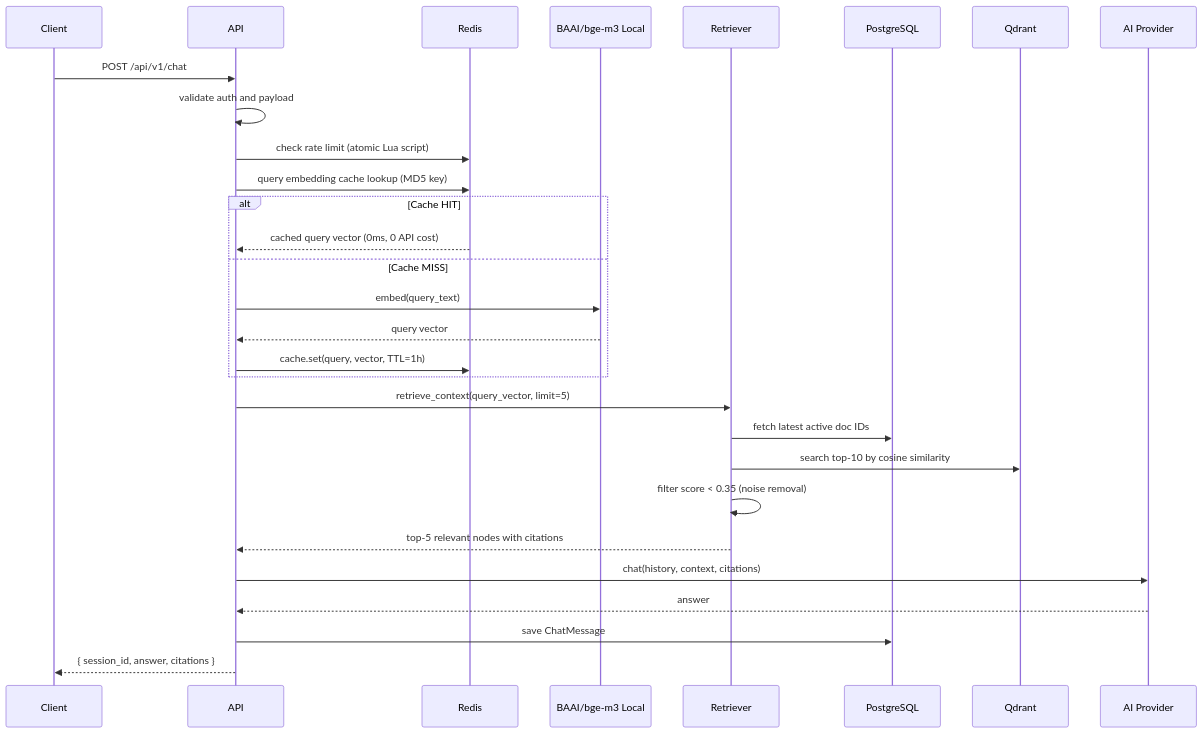
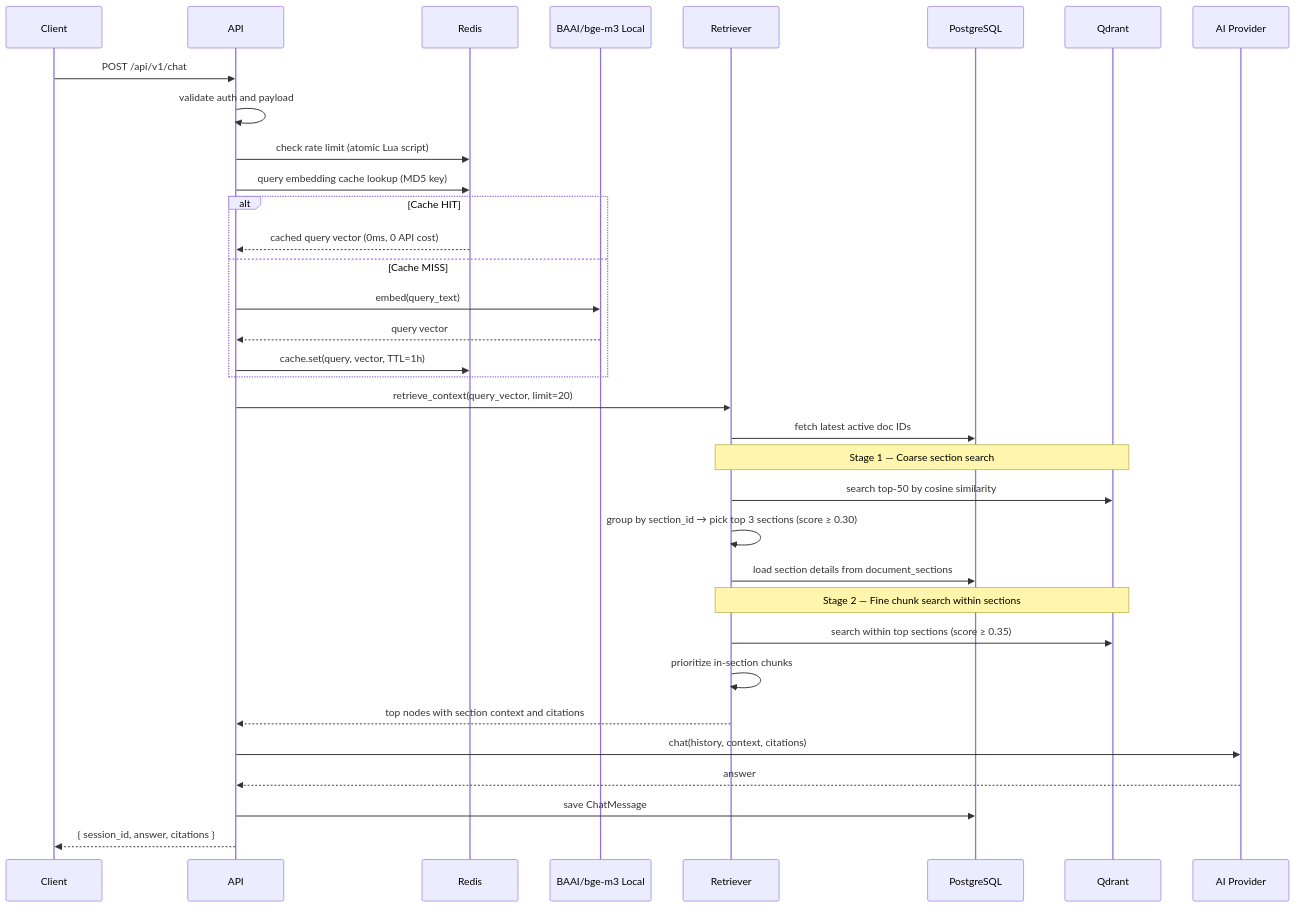
The second of 3 diagrams in docs/03_CORE_WORKFLOWS.md (qtuanph/chatbot-rag), drawn with Mermaid before and after one commit. The commit also changed other lines of this file and 91 other files, not shown here.

````diff
--- a/docs/03_CORE_WORKFLOWS.md
+++ b/docs/03_CORE_WORKFLOWS.md
@@ -61,32 +63,37 @@
 ```mermaid
 sequenceDiagram
     participant Client
     participant API
     participant Redis
     participant Embedder as BAAI/bge-m3 Local
     participant Retriever
     participant DB as PostgreSQL
     participant Qdrant
     participant Provider as AI Provider
 
     Client->>API: POST /api/v1/chat
     API->>API: validate auth and payload
     API->>Redis: check rate limit (atomic Lua script)
     API->>Redis: query embedding cache lookup (MD5 key)
     alt Cache HIT
         Redis-->>API: cached query vector (0ms, 0 API cost)
     else Cache MISS
         API->>Embedder: embed(query_text)
         Embedder-->>API: query vector
         API->>Redis: cache.set(query, vector, TTL=1h)
     end
-    API->>Retriever: retrieve_context(query_vector, limit=5)
+    API->>Retriever: retrieve_context(query_vector, limit=20)
     Retriever->>DB: fetch latest active doc IDs
-    Retriever->>Qdrant: search top-10 by cosine similarity
-    Retriever->>Retriever: filter score < 0.35 (noise removal)
-    Retriever-->>API: top-5 relevant nodes with citations
+    Note over Retriever,Qdrant: Stage 1 — Coarse section search
+    Retriever->>Qdrant: search top-50 by cosine similarity
+    Retriever->>Retriever: group by section_id → pick top 3 sections (score ≥ 0.30)
+    Retriever->>DB: load section details from document_sections
+    Note over Retriever,Qdrant: Stage 2 — Fine chunk search within sections
+    Retriever->>Qdrant: search within top sections (score ≥ 0.35)
+    Retriever->>Retriever: prioritize in-section chunks
+    Retriever-->>API: top nodes with section context and citations
     API->>Provider: chat(history, context, citations)
     Provider-->>API: answer
     API->>DB: save ChatMessage
     API-->>Client: { session_id, answer, citations }
 ```
````
